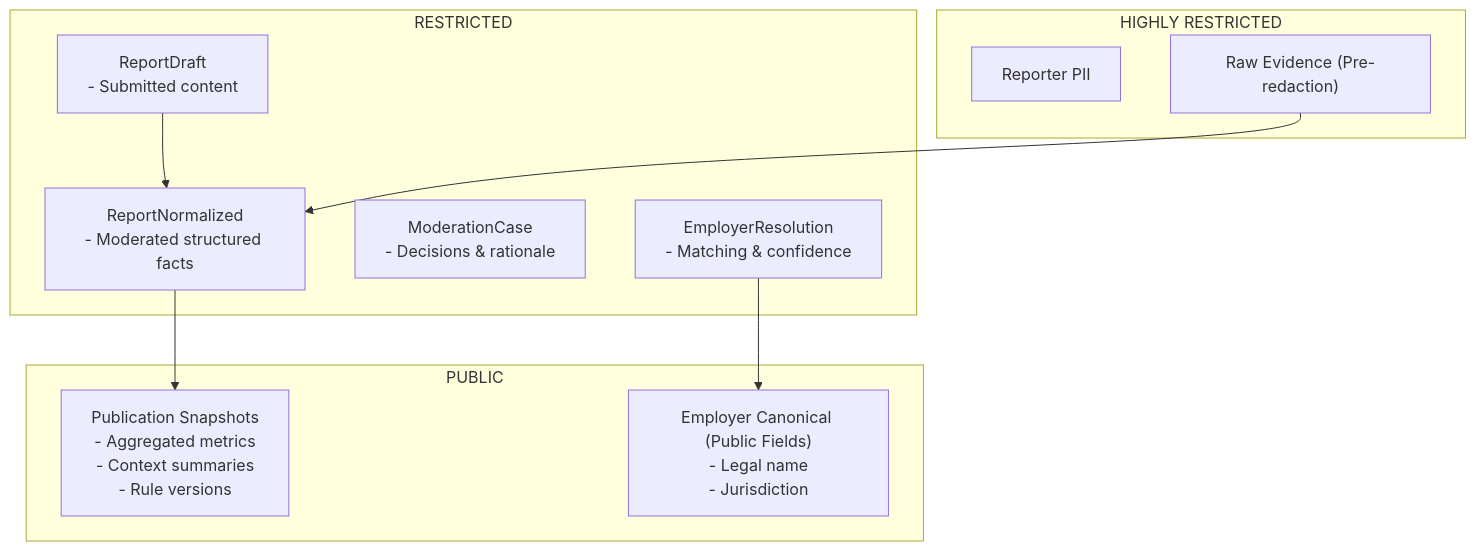
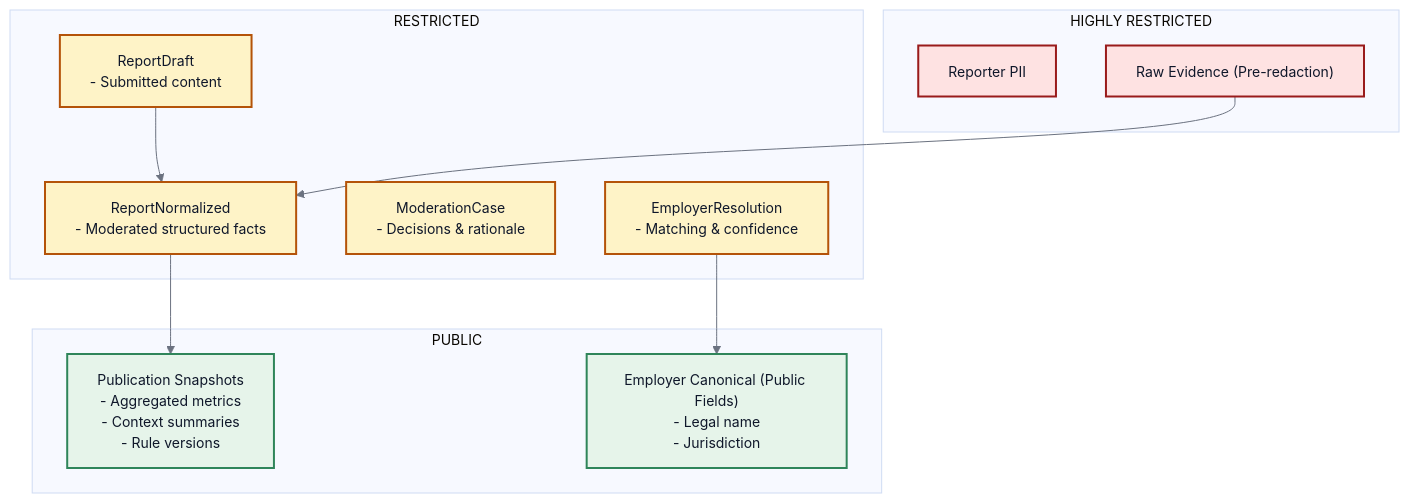
One commit to sistoyanov69/junkedout-mvp changed the second of 3 diagrams in docs/architecture/logical-architecture.md. Above: the diagram before and after it, drawn with Mermaid. The commit also changed other lines of this file, not shown here.

Commit message:
docs: add colored Mermaid styles to logical architecture diagrams

````diff
--- a/docs/architecture/logical-architecture.md
+++ b/docs/architecture/logical-architecture.md
@@ -80,23 +88,28 @@
 ```mermaid
+%%{init: {"theme":"base","themeVariables":{"background":"#FFFFFF","primaryTextColor":"#0F172A","lineColor":"#6B7280","fontSize":"14px"}}}%%
 flowchart TB
+  classDef public fill:#E6F4EA,stroke:#2F855A,stroke-width:2px,color:#0F172A
+  classDef restricted fill:#FEF3C7,stroke:#B45309,stroke-width:2px,color:#0F172A
+  classDef highrisk fill:#FEE2E2,stroke:#991B1B,stroke-width:2px,color:#0F172A
+
   subgraph PUBLIC["PUBLIC"]
-    P1["Publication Snapshots\n- Aggregated metrics\n- Context summaries\n- Rule versions"]
-    P2["Employer Canonical (Public Fields)\n- Legal name\n- Jurisdiction"]
+    P1["Publication Snapshots\n- Aggregated metrics\n- Context summaries\n- Rule versions"]:::public
+    P2["Employer Canonical (Public Fields)\n- Legal name\n- Jurisdiction"]:::public
   end
 
   subgraph RESTRICTED["RESTRICTED"]
-    R1["ReportDraft\n- Submitted content"]
-    R2["ReportNormalized\n- Moderated structured facts"]
-    R3["ModerationCase\n- Decisions & rationale"]
-    R4["EmployerResolution\n- Matching & confidence"]
+    R1["ReportDraft\n- Submitted content"]:::restricted
+    R2["ReportNormalized\n- Moderated structured facts"]:::restricted
+    R3["ModerationCase\n- Decisions & rationale"]:::restricted
+    R4["EmployerResolution\n- Matching & confidence"]:::restricted
   end
 
   subgraph HIGH["HIGHLY RESTRICTED"]
-    H1["Reporter PII"]
-    H2["Raw Evidence (Pre-redaction)"]
+    H1["Reporter PII"]:::highrisk
+    H2["Raw Evidence (Pre-redaction)"]:::highrisk
   end
 
   R1 --> R2 --> P1
   R4 --> P2
   H2 --> R2
 ```
````
